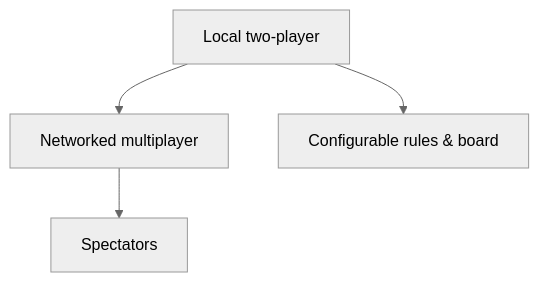
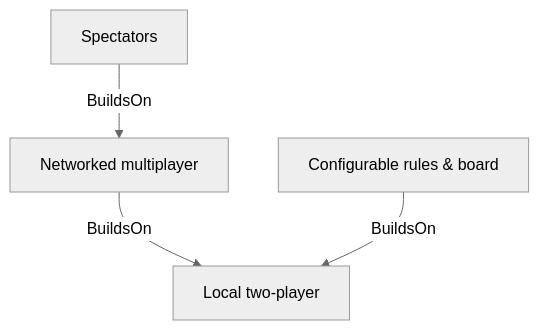
Before and after one commit to gauxs/lld: the diagram in docs/problems/connect-four/index.md, drawn with Mermaid (neutral theme). The commit also changed other lines of this file and 4 other files, not shown here.

````diff
--- a/docs/problems/connect-four/index.md
+++ b/docs/problems/connect-four/index.md
@@ -9,10 +9,10 @@
 ```mermaid
 flowchart TD
   baseline["Local two-player"]
   networked["Networked multiplayer"]
   configurable_rules["Configurable rules & board"]
   spectators["Spectators"]
-  baseline --> networked
-  baseline --> configurable_rules
-  networked --> spectators
+  networked -->|BuildsOn| baseline
+  configurable_rules -->|BuildsOn| baseline
+  spectators -->|BuildsOn| networked
 ```
````
